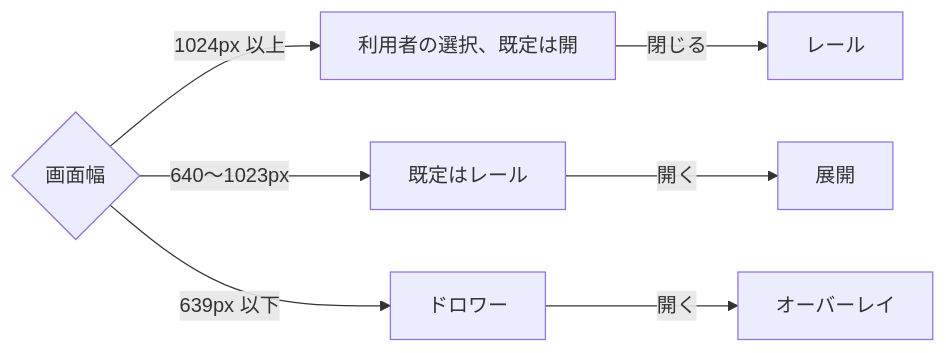
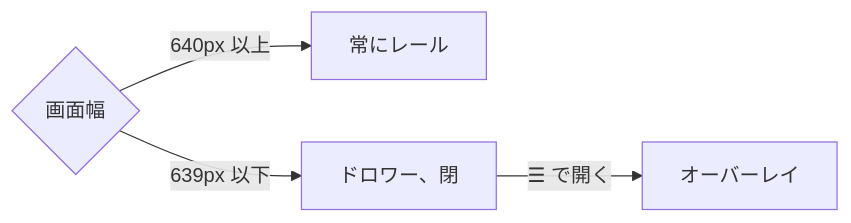
Before and after one commit to syudead/vv: the third of 12 diagrams in translations/ja/docs/design-docs/library-ui.md, drawn with Mermaid. The commit also changed other lines of this file and 16 other files, not shown here.

````diff
--- a/translations/ja/docs/design-docs/library-ui.md
+++ b/translations/ja/docs/design-docs/library-ui.md
@@ -81,9 +81,6 @@
 ```mermaid
 flowchart LR
-  w{画面幅} -->|1024px 以上| user[利用者の選択、既定は開]
-  w -->|640〜1023px| rail[既定はレール]
-  w -->|639px 以下| drawer[ドロワー]
-  user -->|閉じる| railc[レール]
-  rail -->|開く| exp[展開]
-  drawer -->|開く| over[オーバーレイ]
+  w{画面幅} -->|640px 以上| rail[常にレール]
+  w -->|639px 以下| drawer[ドロワー、閉]
+  drawer -->|☰ で開く| over[オーバーレイ]
 ```
````
